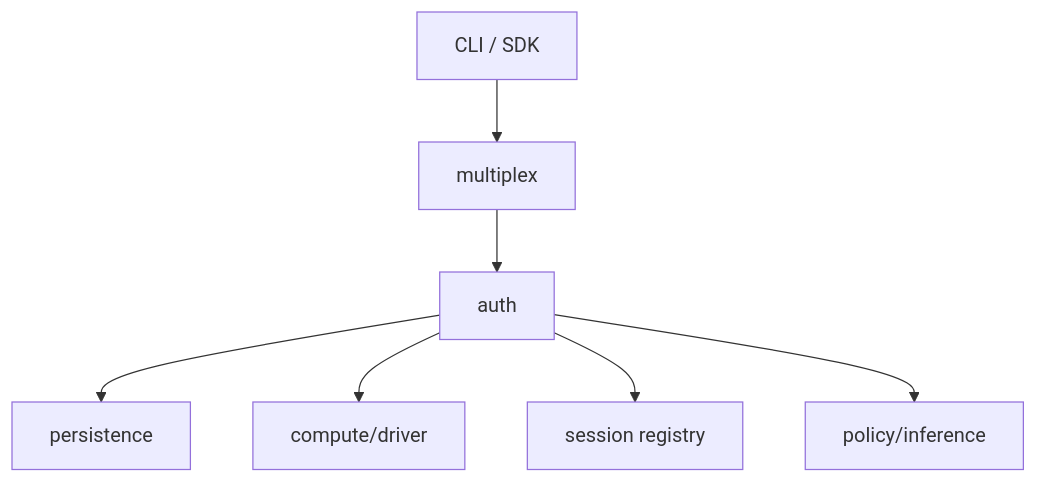
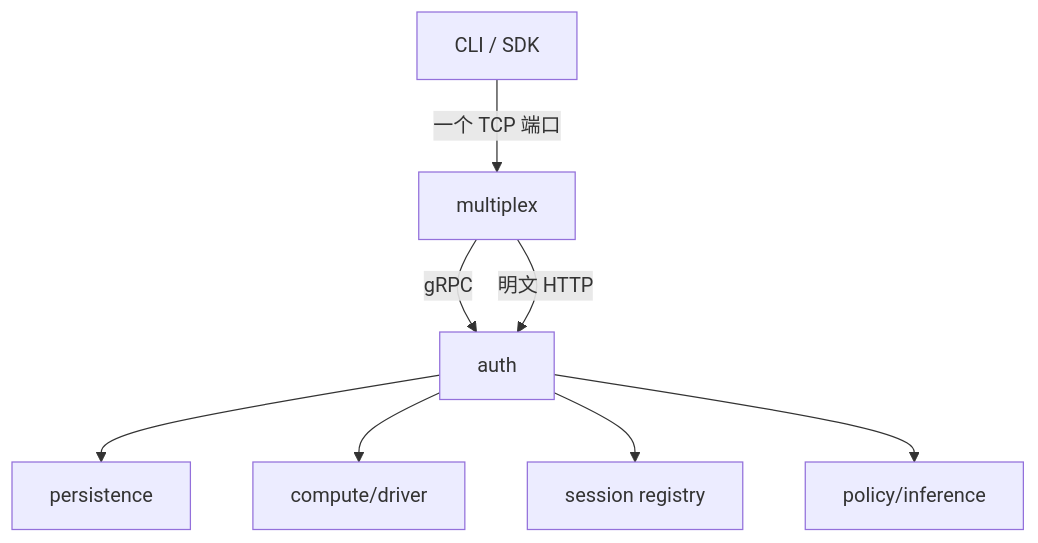
One commit to loveRhythm1990/loveRhythm1990.github.io changed the second of 6 diagrams in _posts/2026-08-20-openshell-architecture.markdown. Above: the diagram before and after it, drawn with Mermaid. The commit also changed other lines of this file, not shown here.

Commit message:
docs: enrich section 2.1 diagram and explain multiplex/persistence naming

````diff
--- a/_posts/2026-08-20-openshell-architecture.markdown
+++ b/_posts/2026-08-20-openshell-architecture.markdown
@@ -63,9 +63,10 @@
 ```mermaid
 flowchart TB
-  CLI[CLI / SDK] --> MX[multiplex]
-  MX --> AUTH[auth]
+  CLI[CLI / SDK] -- 一个 TCP 端口 --> MX[multiplex]
+  MX -- gRPC --> AUTH[auth]
+  MX -- 明文 HTTP --> AUTH
   AUTH --> PS[persistence]
   AUTH --> CD[compute/driver]
   AUTH --> SR[session registry]
   AUTH --> PL[policy/inference]
 ```
````
